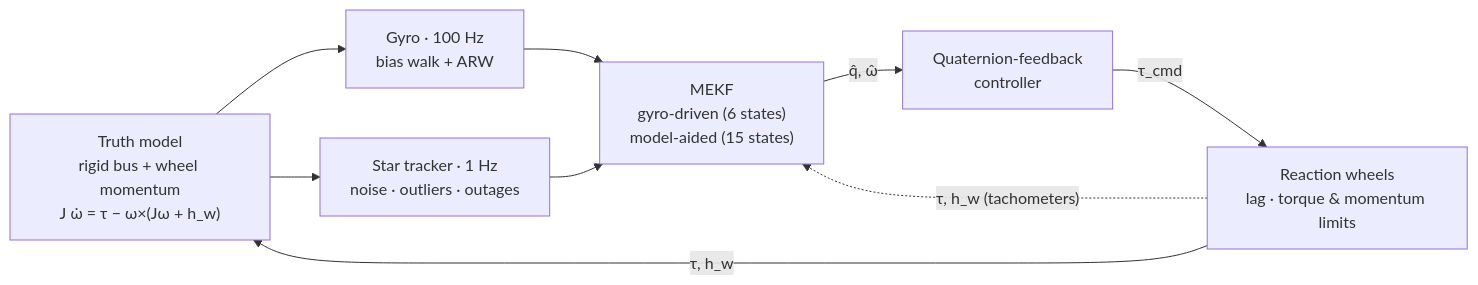
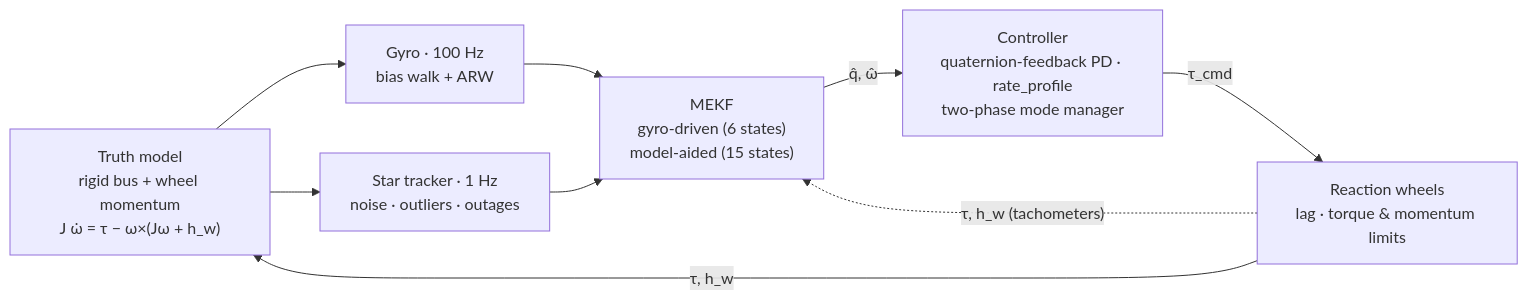
One commit to ISHMAEL555/Robust-Spacecraft-Attitude-Estimation-and-Control-Under-Model-Uncertainty changed the diagram in README.md. Above: the diagram before and after it, drawn with Mermaid. The commit also changed other lines of this file and 2 other files, not shown here.

Commit message:
README: accuracy fixes for R-02, §5 method, controller descriptions

````diff
--- a/README.md
+++ b/README.md
@@ -79,13 +79,13 @@
 ```mermaid
 flowchart LR
     T["Truth model<br/>rigid bus + wheel momentum<br/>J ω̇ = τ − ω×(Jω + h_w)"]
     G["Gyro · 100 Hz<br/>bias walk + ARW"]
     S["Star tracker · 1 Hz<br/>noise · outliers · outages"]
     F["MEKF<br/>gyro-driven (6 states)<br/>model-aided (15 states)"]
-    C["Quaternion-feedback<br/>controller"]
+    C["Controller<br/>quaternion-feedback PD · rate_profile<br/>two-phase mode manager"]
     W["Reaction wheels<br/>lag · torque & momentum limits"]
     T --> G --> F
     T --> S --> F
     F -- "q̂, ω̂" --> C -- "τ_cmd" --> W -- "τ, h_w" --> T
     W -. "τ, h_w (tachometers)" .-> F
 ```
````
